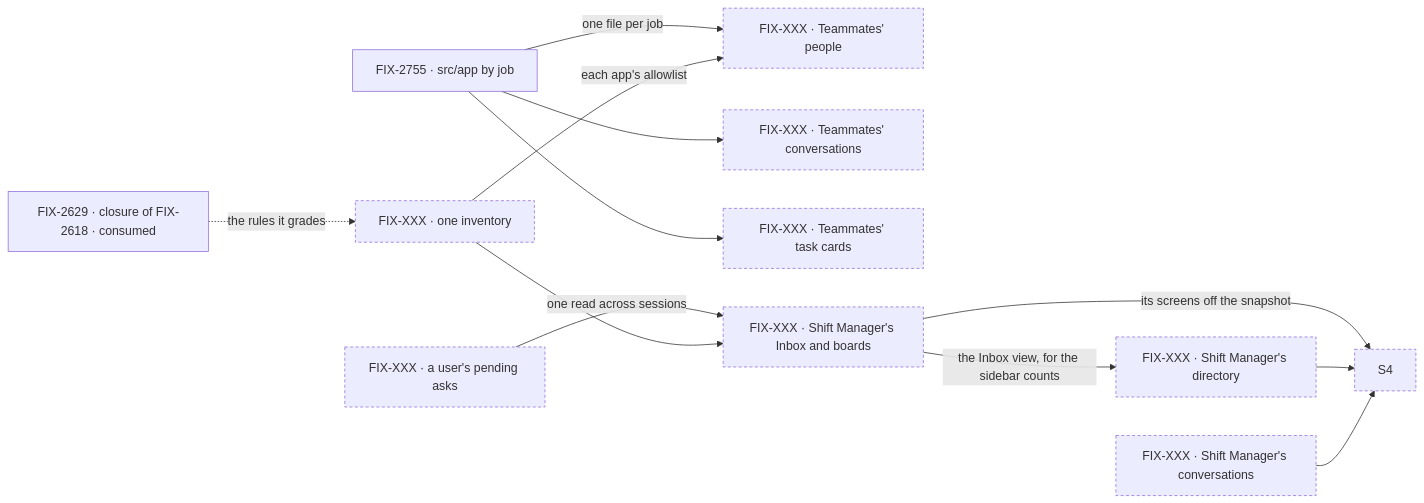
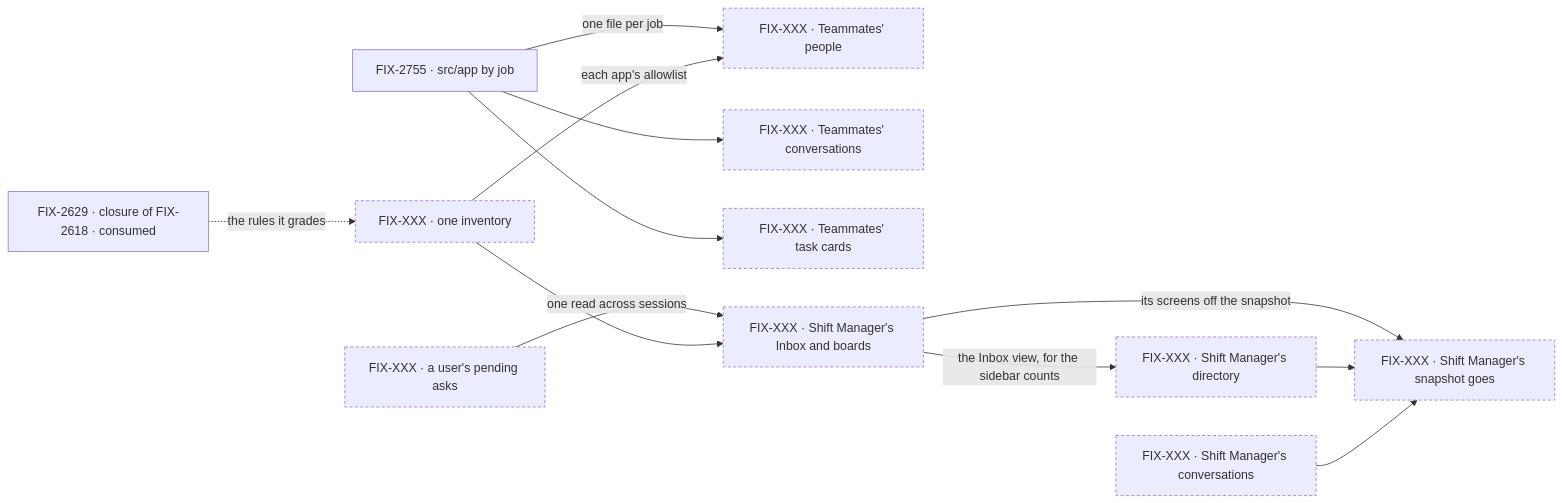
Before and after one commit to fixpoint-labs/flow-state-dev: the second of 2 diagrams in specs/epics/FIX-2683/SPEC.md, drawn with Mermaid.

Commit message:
spec(epic): FIX-2683 graph: the snapshot child keeps its label
Claude-Session: https://claude.ai/code/session_01NczDiGfuuX5mPxVeUwVXfa

````diff
--- a/specs/epics/FIX-2683/SPEC.md
+++ b/specs/epics/FIX-2683/SPEC.md
@@ -96,16 +96,16 @@
 ```mermaid
 flowchart LR
   X["FIX-2629 · closure of FIX-2618 · consumed"] -.->|"the rules it grades"| R["FIX-XXX · one inventory"]
   L["FIX-2755 · src/app by job"] -->|"one file per job"| T1["FIX-XXX · Teammates' people"]
   L --> T2["FIX-XXX · Teammates' conversations"]
   L --> T3["FIX-XXX · Teammates' task cards"]
   R -->|"each app's allowlist"| T1
   A["FIX-XXX · a user's pending asks"] -->|"one read across sessions"| S1["FIX-XXX · Shift Manager's Inbox and boards"]
   R --> S1
-  S1 -->|"its screens off the snapshot"| S4
-  S1 -->|"the Inbox view, for the sidebar counts"| S2["FIX-XXX · Shift Manager's snapshot goes"]
+  S1 -->|"its screens off the snapshot"| S4["FIX-XXX · Shift Manager's snapshot goes"]
+  S1 -->|"the Inbox view, for the sidebar counts"| S2
   S2["FIX-XXX · Shift Manager's directory"] --> S4
   S3["FIX-XXX · Shift Manager's conversations"] --> S4
   classDef proposed stroke-dasharray:4 3
   class R,A,T1,T2,T3,S1,S2,S3,S4 proposed
 ```
````
